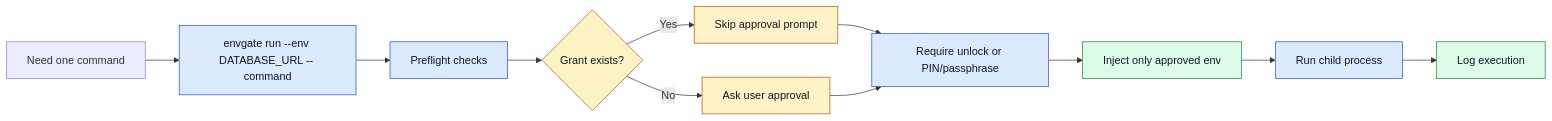
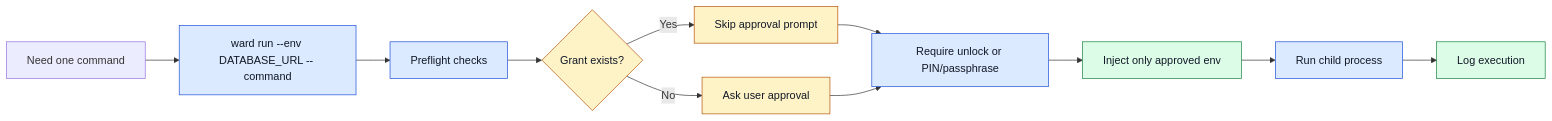
The eighth of 9 diagrams in docs/infographics.md (web3-claw/aiward), drawn with Mermaid before and after one commit. The commit also changed other lines of this file and 30 other files, not shown here.

First line of the commit message:
refactor: rename envgate → ward across entire codebase

````diff
--- a/docs/infographics.md
+++ b/docs/infographics.md
@@ -281,20 +281,20 @@
 ```mermaid
 flowchart LR
-    A["Need one command"] --> B["envgate run --env DATABASE_URL -- command"]
+    A["Need one command"] --> B["ward run --env DATABASE_URL -- command"]
     B --> C["Preflight checks"]
     C --> D{"Grant exists?"}
     D -->|"Yes"| E["Skip approval prompt"]
     D -->|"No"| F["Ask user approval"]
     E --> G["Require unlock or PIN/passphrase"]
     F --> G
     G --> H["Inject only approved env"]
     H --> I["Run child process"]
     I --> J["Log execution"]
 
     classDef command fill:#dbeafe,stroke:#1d4ed8,color:#111827;
     classDef decision fill:#fef3c7,stroke:#b45309,color:#111827;
     classDef protected fill:#dcfce7,stroke:#15803d,color:#111827;
     class B,C,G,H,I,J command;
     class D,E,F decision;
     class H,J protected;
 ```
````
